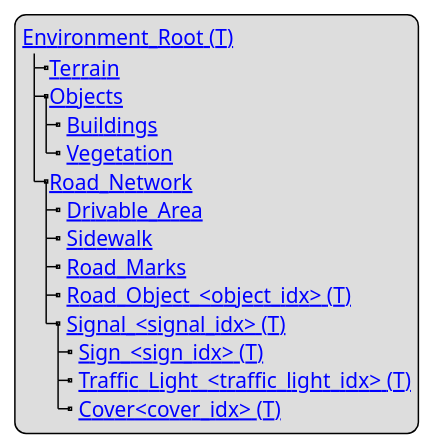
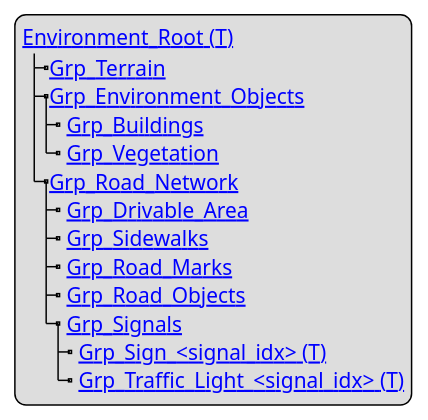
One commit to asam-ev/OpenMATERIAL changed the diagram in content/geometry/object-environment/environment-structure.adoc. Above: the diagram before and after it, drawn with PlantUML. The commit also changed other lines of this file, not shown here.

```diff
--- a/content/geometry/object-environment/environment-structure.adoc
+++ b/content/geometry/object-environment/environment-structure.adoc
@@ -5,19 +5,18 @@
 [plantuml]
 ----
 legend
 [[../geometry/object-classes.html#_environment_t Environment_Root (T)]]
-|_[[../geometry/object-classes.html#_terrain_t Terrain]]
-|_[[../geometry/object-classes.html#_objects_t Objects]]
-  |_ [[../geometry/object-classes.html#_buildings Buildings]]
-  |_ [[../geometry/object-classes.html#_vegetation Vegetation]]
-|_[[../geometry/object-classes.html#_road_network_t Road_Network]]
-  |_ [[../geometry/object-classes.html#_drivable_area_t Drivable_Area]]
-  |_ [[../geometry/object-classes.html#_sidewalk_t Sidewalk]]
-  |_ [[../geometry/object-classes.html#_road_marks_t Road_Marks]]
-  |_ [[../geometry/object-classes.html#_road_object_idx_t Road_Object_<object_idx> (T)]]
-  |_ [[../geometry/object-classes.html#_signal_signal_idx_t Signal_<signal_idx> (T)]]
-    |_ [[../geometry/object-classes.html#_sign_idx_t Sign_<sign_idx> (T)]]
-    |_ [[../geometry/object-classes.html#_traffic_light_idx_t Traffic_Light_<traffic_light_idx> (T)]]
-    |_ [[../geometry/object-classes.html#_cover_idx_t Cover<cover_idx> (T)]]
+|_[[../geometry/object-classes.html#_grp_terrain Grp_Terrain]]
+|_[[../geometry/object-classes.html#_grp_environment_objects Grp_Environment_Objects]]
+  |_ [[../geometry/object-classes.html#_grp_buildings Grp_Buildings]]
+  |_ [[../geometry/object-classes.html#_grp_vegetation Grp_Vegetation]]
+|_[[../geometry/object-classes.html#_grp_road_network Grp_Road_Network]]
+  |_ [[../geometry/object-classes.html#_grp_drivable_area Grp_Drivable_Area]]
+  |_ [[../geometry/object-classes.html#_grp_sidewalks Grp_Sidewalks]]
+  |_ [[../geometry/object-classes.html#_grp_road_marks Grp_Road_Marks]]
+  |_ [[../geometry/object-classes.html#_grp_road_object Grp_Road_Objects]]
+  |_ [[../geometry/object-classes.html#_grp_signals Grp_Signals]]
+    |_ [[../geometry/object-classes.html#_grp_sign_idx_t Grp_Sign_<signal_idx> (T)]]
+    |_ [[../geometry/object-classes.html#_traffic_light_idx_t Grp_Traffic_Light_<signal_idx> (T)]]
 end legend
 ----
```
